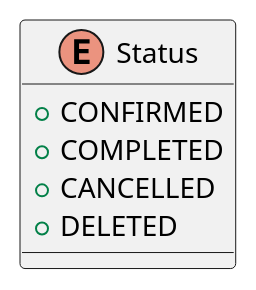
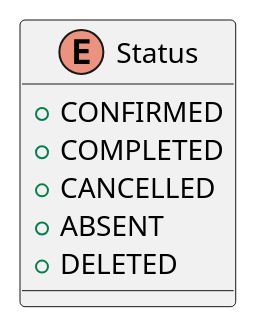
Before and after one commit to kyklospi/eatery: the diagram in diagram/reservation_status.puml, drawn with PlantUML. The commit also changed 5 other files, not shown here.

Commit message:
update diagrams

```diff
--- a/diagram/reservation_status.puml
+++ b/diagram/reservation_status.puml
@@ -1,8 +1,9 @@
 @startuml
 enum Status {
 +  CONFIRMED
 +  COMPLETED
 +  CANCELLED
++  ABSENT
 +  DELETED
 }
 @enduml
```
